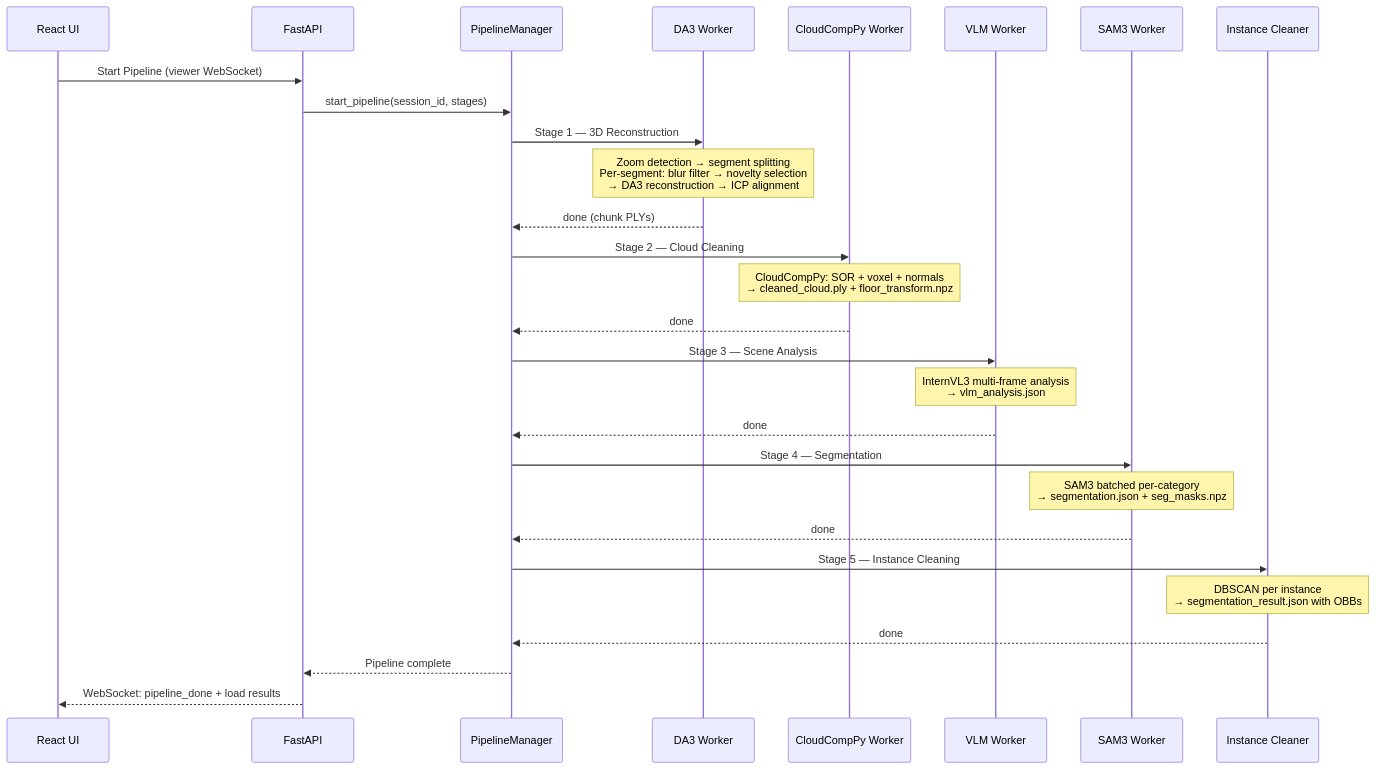
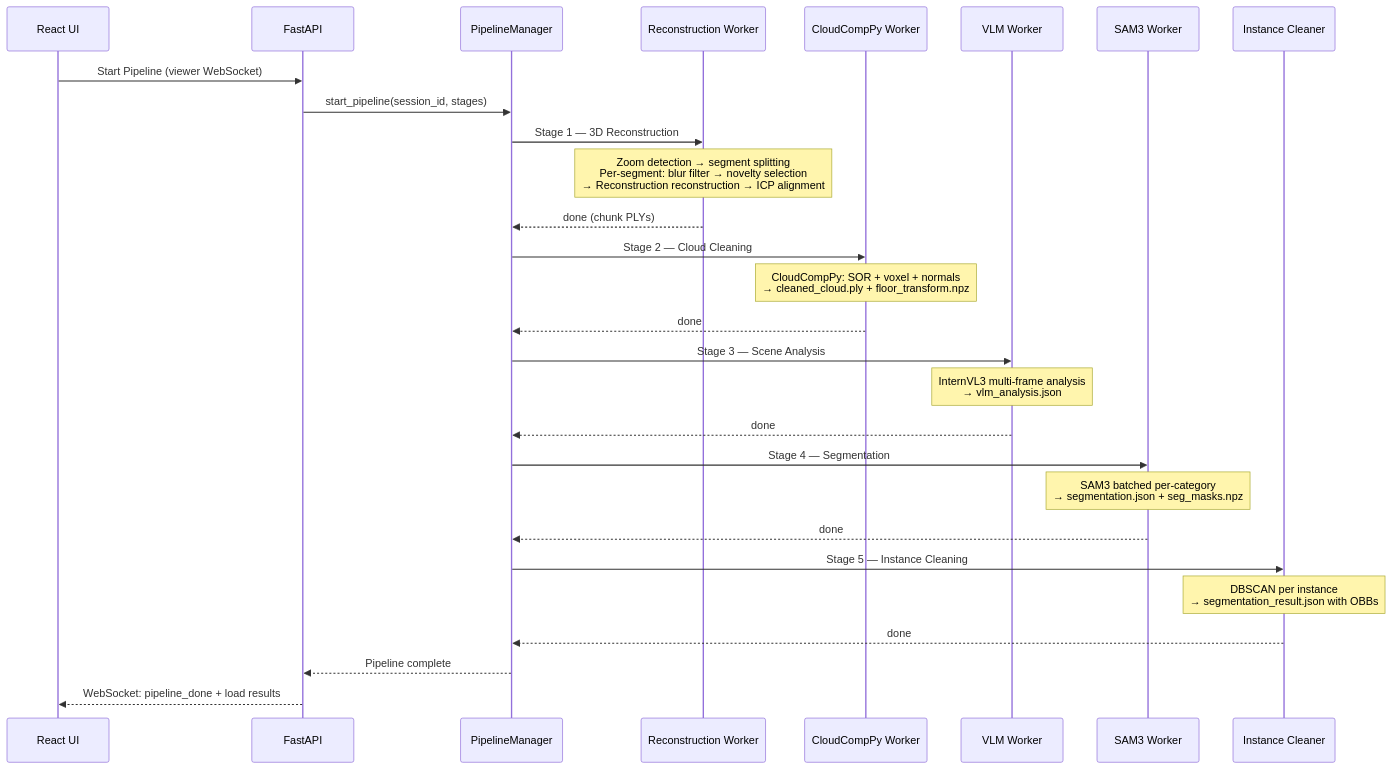
The second of 2 diagrams in docs/ARCHITECTURE.md (hernanbarreto/stac-build), drawn with Mermaid before and after one commit. The commit also changed other lines of this file and 214 other files, not shown here.

````diff
--- a/docs/ARCHITECTURE.md
+++ b/docs/ARCHITECTURE.md
@@ -214,37 +214,37 @@
 ```mermaid
 sequenceDiagram
     participant UI as React UI
     participant API as FastAPI
     participant PM as PipelineManager
-    participant DA3W as DA3 Worker
+    participant ReconstructionW as Reconstruction Worker
     participant CCW as CloudCompPy Worker
     participant VLMW as VLM Worker
     participant SAMW as SAM3 Worker
     participant ICW as Instance Cleaner
 
     UI->>API: Start Pipeline (viewer WebSocket)
     API->>PM: start_pipeline(session_id, stages)
 
-    PM->>DA3W: Stage 1 — 3D Reconstruction
-    Note over DA3W: Zoom detection → segment splitting<br/>Per-segment: blur filter → novelty selection<br/>→ DA3 reconstruction → ICP alignment
-    DA3W-->>PM: done (chunk PLYs)
+    PM->>ReconstructionW: Stage 1 — 3D Reconstruction
+    Note over ReconstructionW: Zoom detection → segment splitting<br/>Per-segment: blur filter → novelty selection<br/>→ Reconstruction reconstruction → ICP alignment
+    ReconstructionW-->>PM: done (chunk PLYs)
 
     PM->>CCW: Stage 2 — Cloud Cleaning
     Note over CCW: CloudCompPy: SOR + voxel + normals<br/>→ cleaned_cloud.ply + floor_transform.npz
     CCW-->>PM: done
 
     PM->>VLMW: Stage 3 — Scene Analysis
     Note over VLMW: InternVL3 multi-frame analysis<br/>→ vlm_analysis.json
     VLMW-->>PM: done
 
     PM->>SAMW: Stage 4 — Segmentation
     Note over SAMW: SAM3 batched per-category<br/>→ segmentation.json + seg_masks.npz
     SAMW-->>PM: done
 
     PM->>ICW: Stage 5 — Instance Cleaning
     Note over ICW: DBSCAN per instance<br/>→ segmentation_result.json with OBBs
     ICW-->>PM: done
 
     PM-->>API: Pipeline complete
     API-->>UI: WebSocket: pipeline_done + load results
 ```
````
